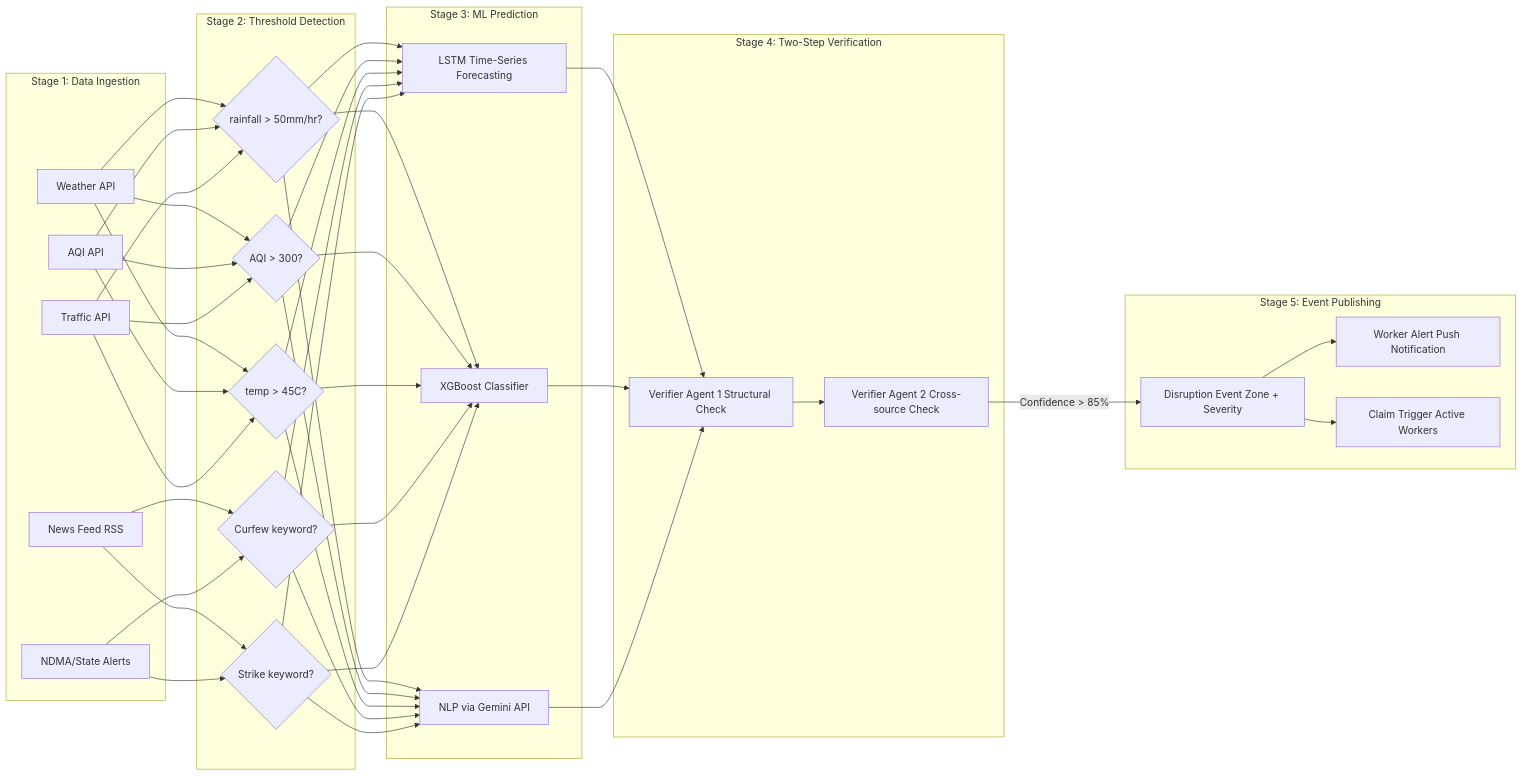
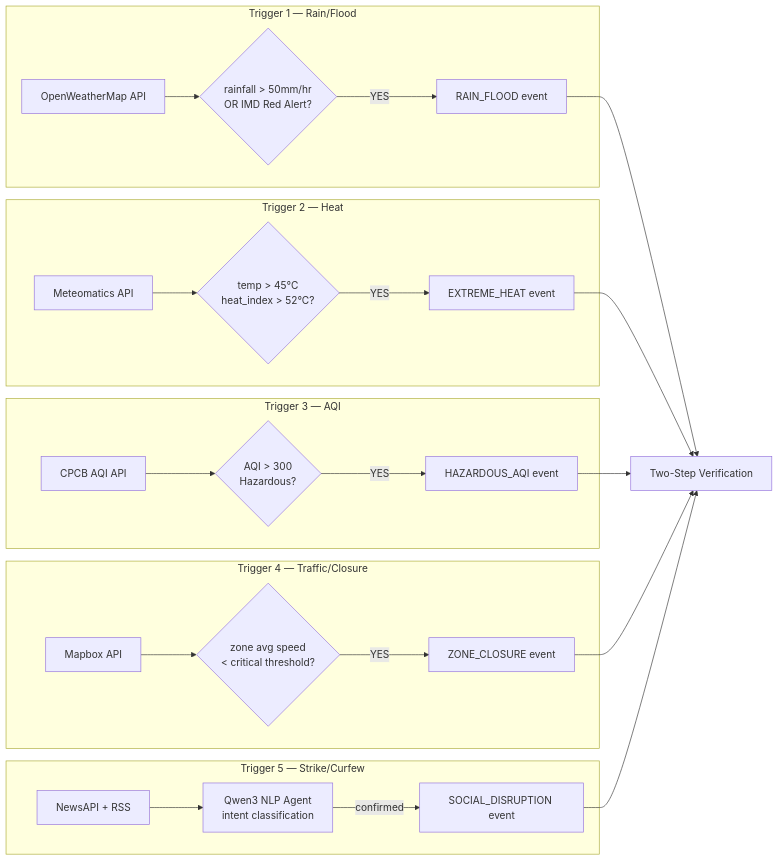
Before and after one commit to dhanushkrishnac7/GuideWire: the second of 5 diagrams in README.md, drawn with Mermaid. The commit also changed other lines of this file and 27 other files, not shown here.

````diff
--- a/README.md
+++ b/README.md
@@ -260,42 +407,25 @@
 ```mermaid
 flowchart LR
-    subgraph Stage1["Stage 1: Data Ingestion"]
-        A1[Weather API]
-        A2[AQI API]
-        A3[Traffic API]
-        A4[News Feed RSS]
-        A5[NDMA/State Alerts]
+    subgraph T1["Trigger 1 — Rain/Flood"]
+        R1[OpenWeatherMap API] --> R2{rainfall > 50mm/hr<br/>OR IMD Red Alert?}
+        R2 -->|YES| R3[RAIN_FLOOD event]
+    end
+    subgraph T2["Trigger 2 — Heat"]
+        H1[Meteomatics API] --> H2{temp > 45°C<br/>heat_index > 52°C?}
+        H2 -->|YES| H3[EXTREME_HEAT event]
+    end
+    subgraph T3["Trigger 3 — AQI"]
+        A1[CPCB AQI API] --> A2{AQI > 300<br/>Hazardous?}
+        A2 -->|YES| A3[HAZARDOUS_AQI event]
+    end
+    subgraph T4["Trigger 4 — Traffic/Closure"]
+        M1[Mapbox API] --> M2{zone avg speed<br/>< critical threshold?}
+        M2 -->|YES| M3[ZONE_CLOSURE event]
+    end
+    subgraph T5["Trigger 5 — Strike/Curfew"]
+        N1[NewsAPI + RSS] --> N2[Qwen3 NLP Agent<br/>intent classification]
+        N2 -->|confirmed| N3[SOCIAL_DISRUPTION event]
     end
 
-    subgraph Stage2["Stage 2: Threshold Detection"]
-        B1{rainfall > 50mm/hr?}
-        B2{AQI > 300?}
-        B3{temp > 45C?}
-        B4{Curfew keyword?}
-        B5{Strike keyword?}
-    end
-
-    subgraph Stage3["Stage 3: ML Prediction"]
-        C1[LSTM Time-Series Forecasting]
-        C2[XGBoost Classifier]
-        C3[NLP via Gemini API]
-    end
-
-    subgraph Stage4["Stage 4: Two-Step Verification"]
-        D1[Verifier Agent 1 Structural Check]
-        D2[Verifier Agent 2 Cross-source Check]
-    end
-
-    subgraph Stage5["Stage 5: Event Publishing"]
-        E1[Disruption Event Zone + Severity]
-        E2[Worker Alert Push Notification]
-        E3[Claim Trigger Active Workers]
-    end
-
-    A1 & A2 & A3 --> B1 & B2 & B3
-    A4 & A5 --> B4 & B5
-    B1 & B2 & B3 & B4 & B5 --> C1 & C2 & C3
-    C1 & C2 & C3 --> D1 --> D2
-    D2 -->|Confidence > 85%| E1
-    E1 --> E2 & E3
+    R3 & H3 & A3 & M3 & N3 --> VE[Two-Step Verification]
 ```
````
